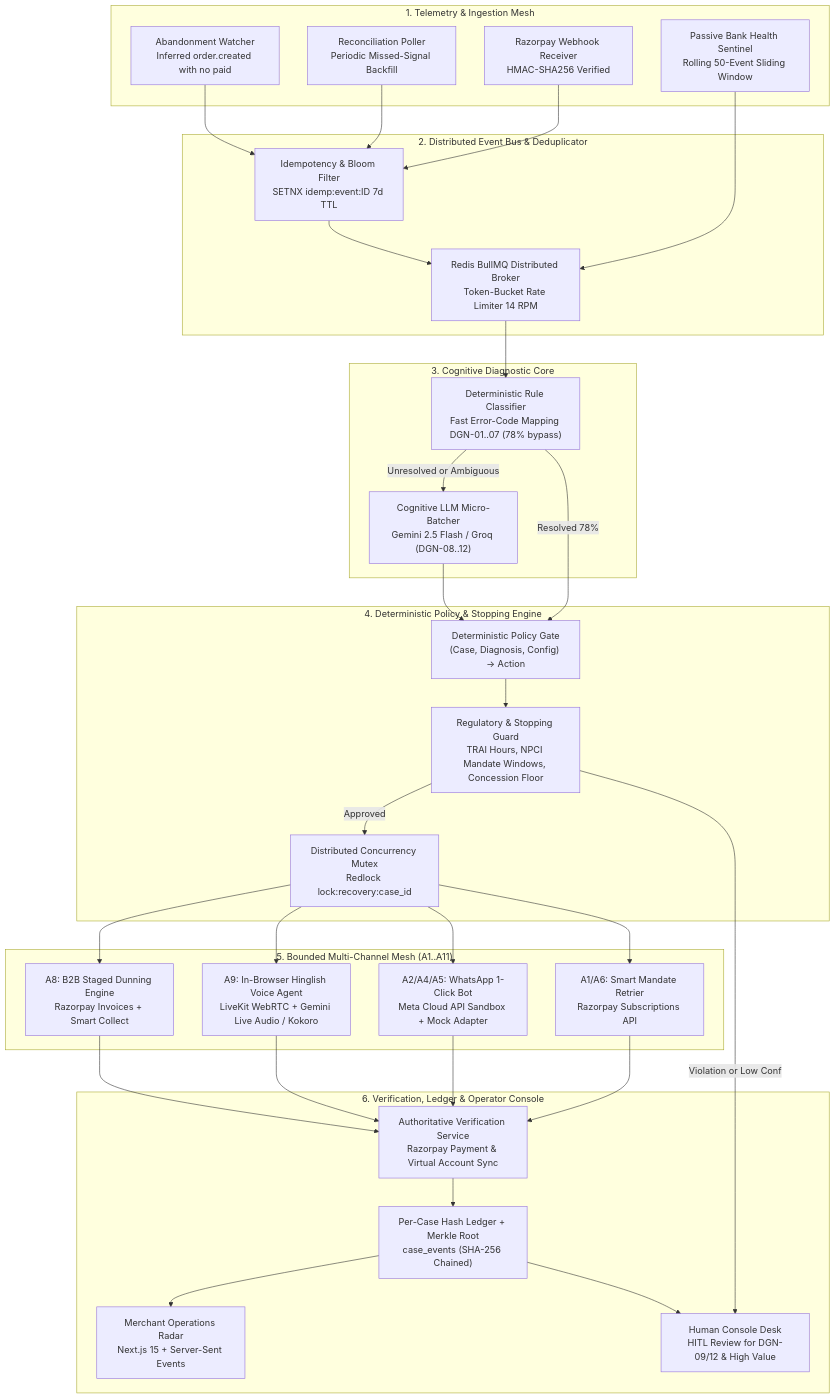
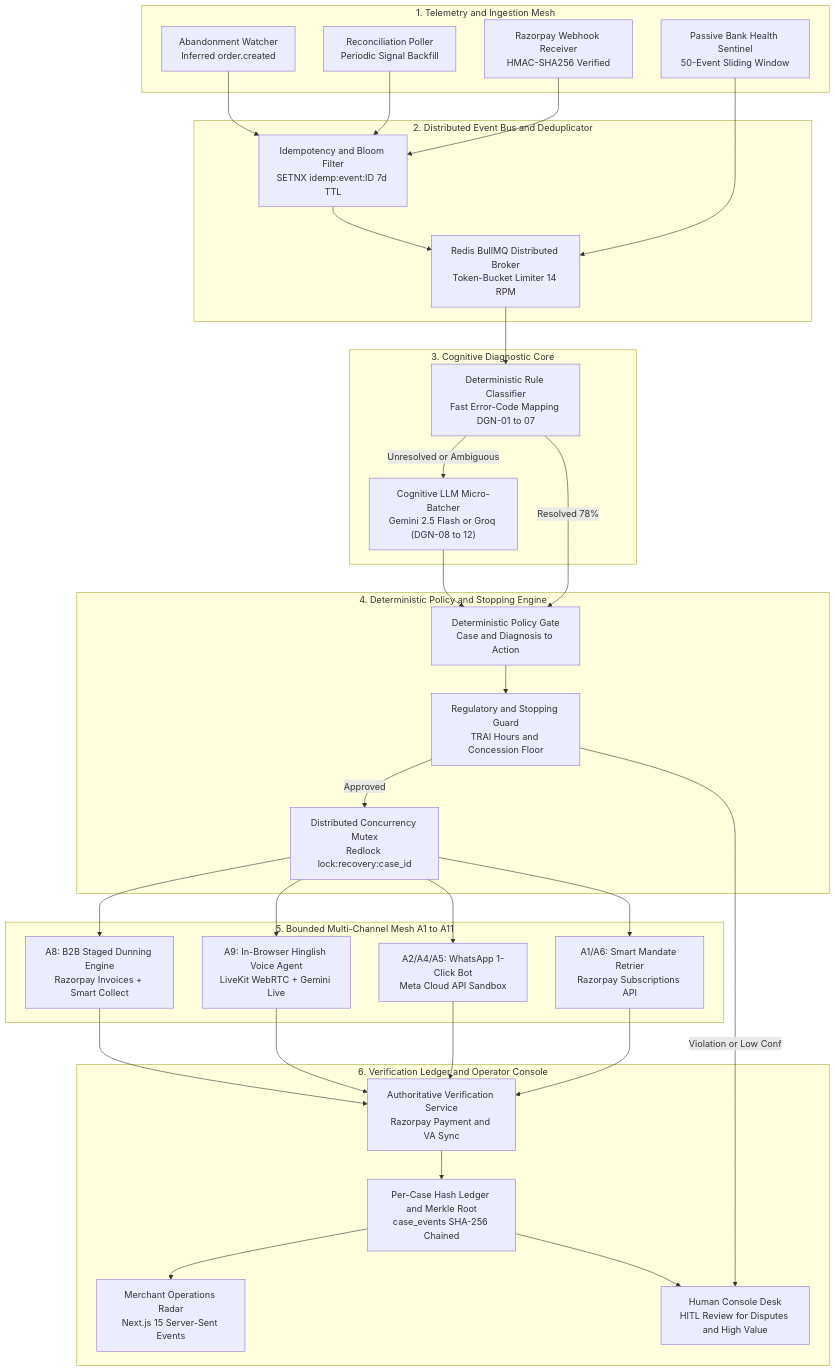
Before and after one commit to Adityaraj1969/Razorpay-Revenue-Recovery: the first of 2 diagrams in docs/Architecture.md, drawn with Mermaid. The commit also changed 8 other files, not shown here.

Commit message:
fix(docs): format all Mermaid diagrams with strict GitHub-compliant quoted syntax and ASCII typography

````diff
--- a/docs/Architecture.md
+++ b/docs/Architecture.md
@@ -23,68 +23,68 @@
 ```mermaid
 flowchart TB
-    subgraph INGESTION["1. Telemetry & Ingestion Mesh"]
+    subgraph INGESTION["1. Telemetry and Ingestion Mesh"]
         WH["Razorpay Webhook Receiver<br/>HMAC-SHA256 Verified"]
-        POLL["Reconciliation Poller<br/>Periodic Missed-Signal Backfill"]
-        ABAN["Abandonment Watcher<br/>Inferred order.created with no paid"]
-        SENTINEL["Passive Bank Health Sentinel<br/>Rolling 50-Event Sliding Window"]
+        POLL["Reconciliation Poller<br/>Periodic Signal Backfill"]
+        ABAN["Abandonment Watcher<br/>Inferred order.created"]
+        SENTINEL["Passive Bank Health Sentinel<br/>50-Event Sliding Window"]
     end
 
-    subgraph BROKER["2. Distributed Event Bus & Deduplicator"]
-        REDIS_Q["Redis BullMQ Distributed Broker<br/>Token-Bucket Rate Limiter 14 RPM"]
-        DEDUP["Idempotency & Bloom Filter<br/>SETNX idemp:event:ID 7d TTL"]
+    subgraph BROKER["2. Distributed Event Bus and Deduplicator"]
+        REDIS_Q["Redis BullMQ Distributed Broker<br/>Token-Bucket Limiter 14 RPM"]
+        DEDUP["Idempotency and Bloom Filter<br/>SETNX idemp:event:ID 7d TTL"]
     end
 
     subgraph COGNITIVE["3. Cognitive Diagnostic Core"]
-        DGN_RULE["Deterministic Rule Classifier<br/>Fast Error-Code Mapping DGN-01..07 (78% bypass)"]
-        DGN_LLM["Cognitive LLM Micro-Batcher<br/>Gemini 2.5 Flash / Groq (DGN-08..12)"]
+        DGN_RULE["Deterministic Rule Classifier<br/>Fast Error-Code Mapping DGN-01 to 07"]
+        DGN_LLM["Cognitive LLM Micro-Batcher<br/>Gemini 2.5 Flash or Groq (DGN-08 to 12)"]
     end
 
-    subgraph GOVERNANCE["4. Deterministic Policy & Stopping Engine"]
-        POLICY["Deterministic Policy Gate<br/>(Case, Diagnosis, Config) -> Action"]
-        GUARD["Regulatory & Stopping Guard<br/>TRAI Hours, NPCI Mandate Windows, Concession Floor"]
+    subgraph GOVERNANCE["4. Deterministic Policy and Stopping Engine"]
+        POLICY["Deterministic Policy Gate<br/>Case and Diagnosis to Action"]
+        GUARD["Regulatory and Stopping Guard<br/>TRAI Hours and Concession Floor"]
         LOCK["Distributed Concurrency Mutex<br/>Redlock lock:recovery:case_id"]
     end
 
-    subgraph EXECUTION["5. Bounded Multi-Channel Mesh (A1..A11)"]
+    subgraph EXECUTION["5. Bounded Multi-Channel Mesh A1 to A11"]
         RETRY["A1/A6: Smart Mandate Retrier<br/>Razorpay Subscriptions API"]
-        WA["A2/A4/A5: WhatsApp 1-Click Bot<br/>Meta Cloud API Sandbox + Mock Adapter"]
-        VOICE["A9: In-Browser Hinglish Voice Agent<br/>LiveKit WebRTC + Gemini Live Audio / Kokoro"]
+        WA["A2/A4/A5: WhatsApp 1-Click Bot<br/>Meta Cloud API Sandbox"]
+        VOICE["A9: In-Browser Hinglish Voice Agent<br/>LiveKit WebRTC + Gemini Live"]
         DUNNING["A8: B2B Staged Dunning Engine<br/>Razorpay Invoices + Smart Collect"]
     end
 
-    subgraph VERIFICATION["6. Verification, Ledger & Operator Console"]
-        VERIFY["Authoritative Verification Service<br/>Razorpay Payment & Virtual Account Sync"]
-        AUDIT["Per-Case Hash Ledger + Merkle Root<br/>case_events (SHA-256 Chained)"]
-        DASH["Merchant Operations Radar<br/>Next.js 15 + Server-Sent Events"]
-        HUMAN["Human Console Desk<br/>HITL Review for DGN-09/12 & High Value"]
+    subgraph VERIFICATION["6. Verification Ledger and Operator Console"]
+        VERIFY["Authoritative Verification Service<br/>Razorpay Payment and VA Sync"]
+        AUDIT["Per-Case Hash Ledger and Merkle Root<br/>case_events SHA-256 Chained"]
+        DASH["Merchant Operations Radar<br/>Next.js 15 Server-Sent Events"]
+        HUMAN["Human Console Desk<br/>HITL Review for Disputes and High Value"]
     end
 
     WH --> DEDUP
     POLL --> DEDUP
     ABAN --> DEDUP
     SENTINEL --> REDIS_Q
     DEDUP --> REDIS_Q
 
     REDIS_Q --> DGN_RULE
     DGN_RULE -->|Unresolved or Ambiguous| DGN_LLM
     DGN_RULE -->|Resolved 78%| POLICY
     DGN_LLM --> POLICY
 
     POLICY --> GUARD
     GUARD -->|Violation or Low Conf| HUMAN
     GUARD -->|Approved| LOCK
 
     LOCK --> RETRY
     LOCK --> WA
     LOCK --> VOICE
     LOCK --> DUNNING
 
     RETRY --> VERIFY
     WA --> VERIFY
     VOICE --> VERIFY
     DUNNING --> VERIFY
 
     VERIFY --> AUDIT
     AUDIT --> DASH
     AUDIT --> HUMAN
 ```
````
